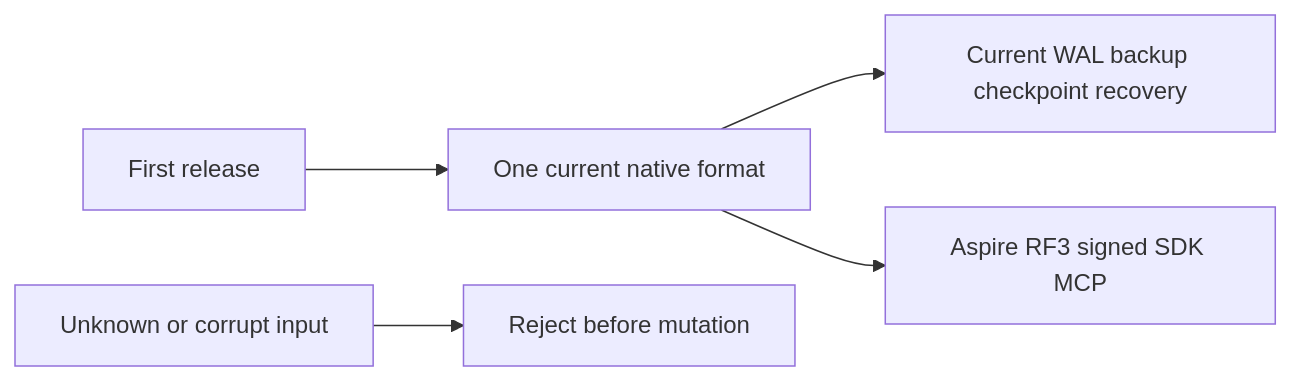
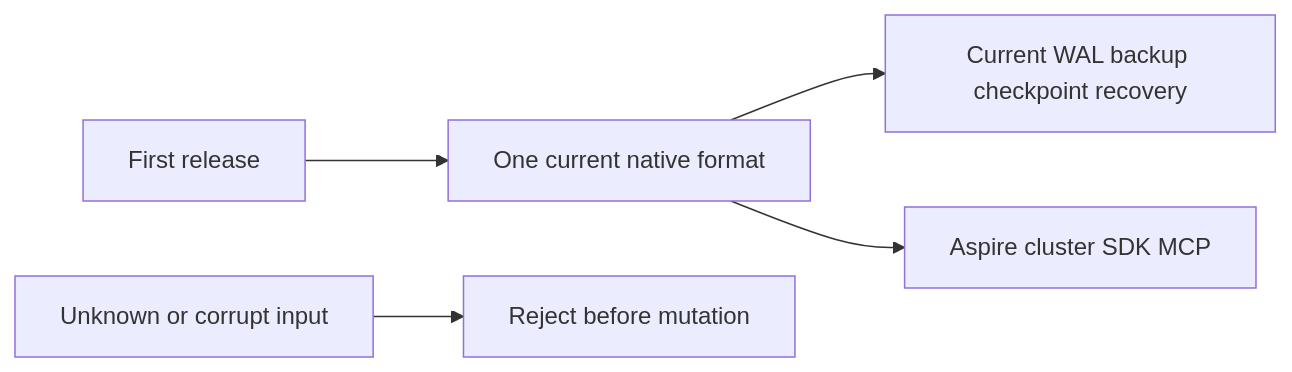
One commit to managedcode/KeyLoad changed the diagram in docs/ADR/ADR-116-first-release-current-format.md. Above: the diagram before and after it, drawn with Mermaid. The commit also changed other lines of this file and 7356 other files, not shown here.

````diff
--- a/docs/ADR/ADR-116-first-release-current-format.md
+++ b/docs/ADR/ADR-116-first-release-current-format.md
@@ -69,7 +47,7 @@
 ```mermaid
 flowchart LR
   Scope[First release] --> Current[One current native format]
   Current --> Recovery[Current WAL backup checkpoint recovery]
-  Current --> RF3[Aspire RF3 signed SDK MCP]
+  Current --> Cluster[Aspire cluster SDK MCP]
   Unsupported[Unknown or corrupt input] --> Reject[Reject before mutation]
 ```
````
